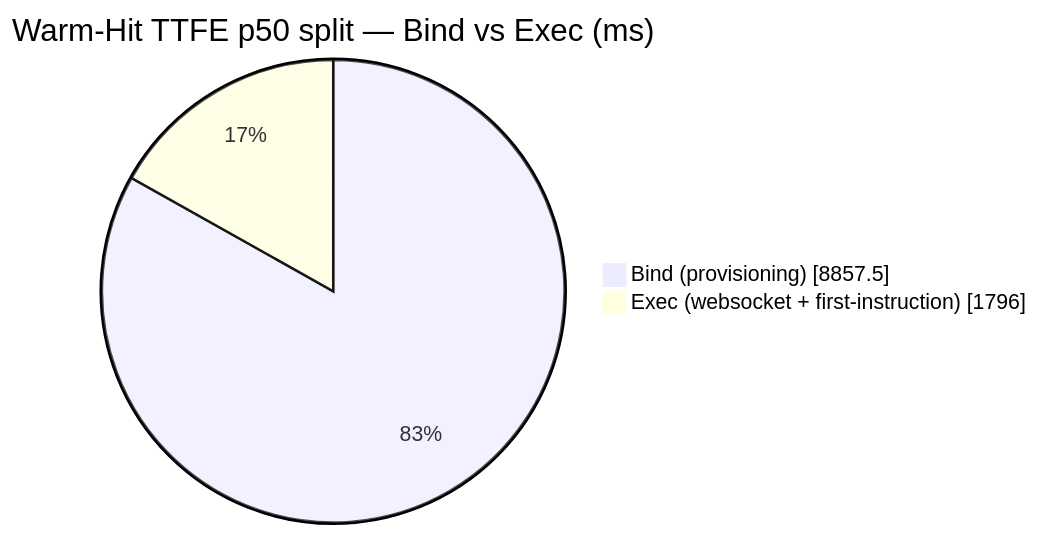
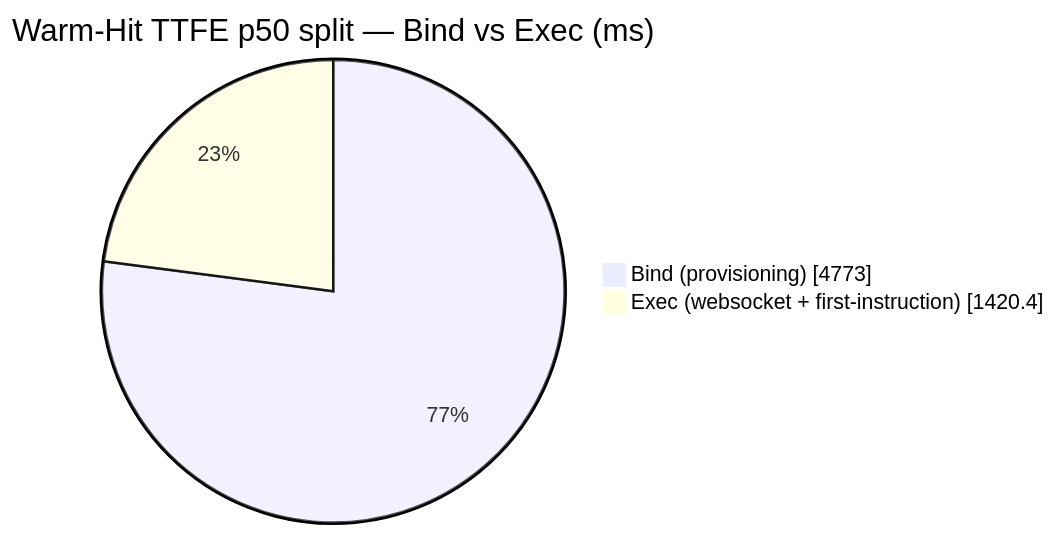
The diagram in DETAILS.md (AlexBulankou/honest-bench), drawn with Mermaid before and after one commit. The commit also changed other lines of this file and 5 other files, not shown here.

````diff
--- a/DETAILS.md
+++ b/DETAILS.md
@@ -103,6 +104,6 @@
 ```mermaid
 pie showData
     title Warm-Hit TTFE p50 split — Bind vs Exec (ms)
-    "Bind (provisioning)" : 8857.5
-    "Exec (websocket + first-instruction)" : 1796.0
+    "Bind (provisioning)" : 4773.0
+    "Exec (websocket + first-instruction)" : 1420.4
 ```
````
